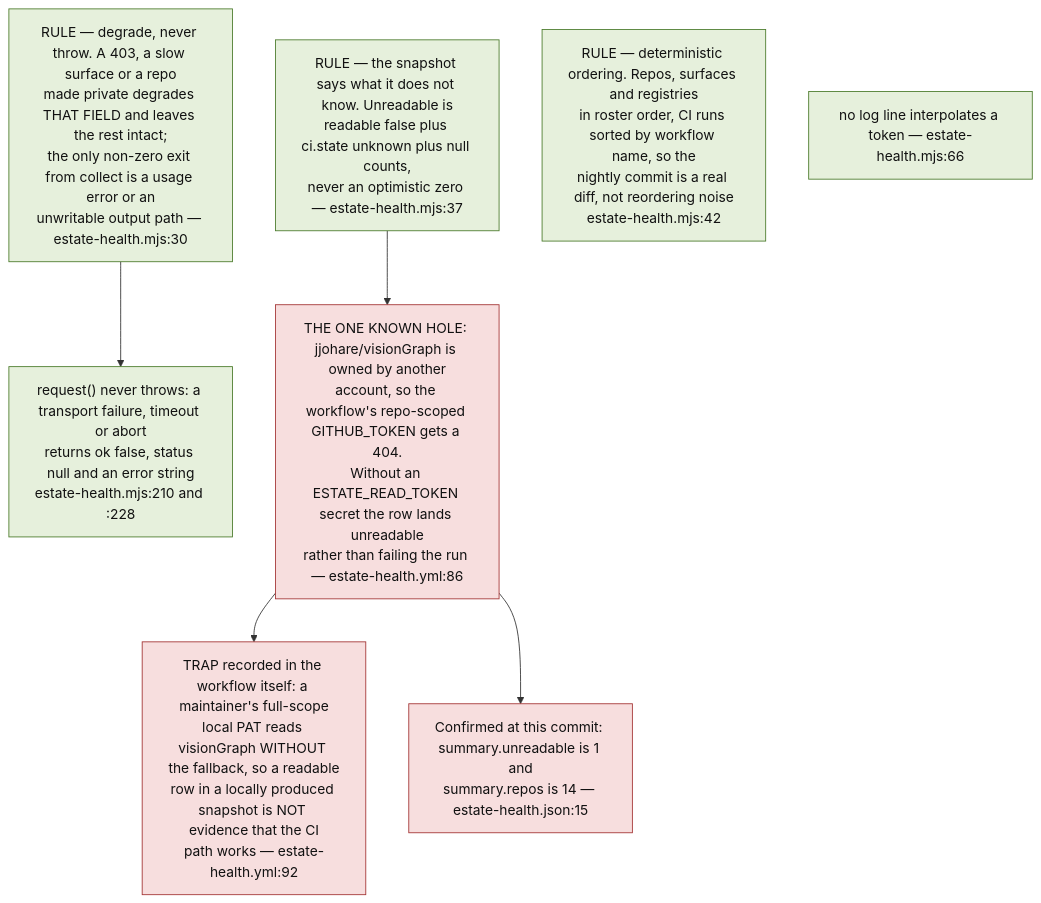
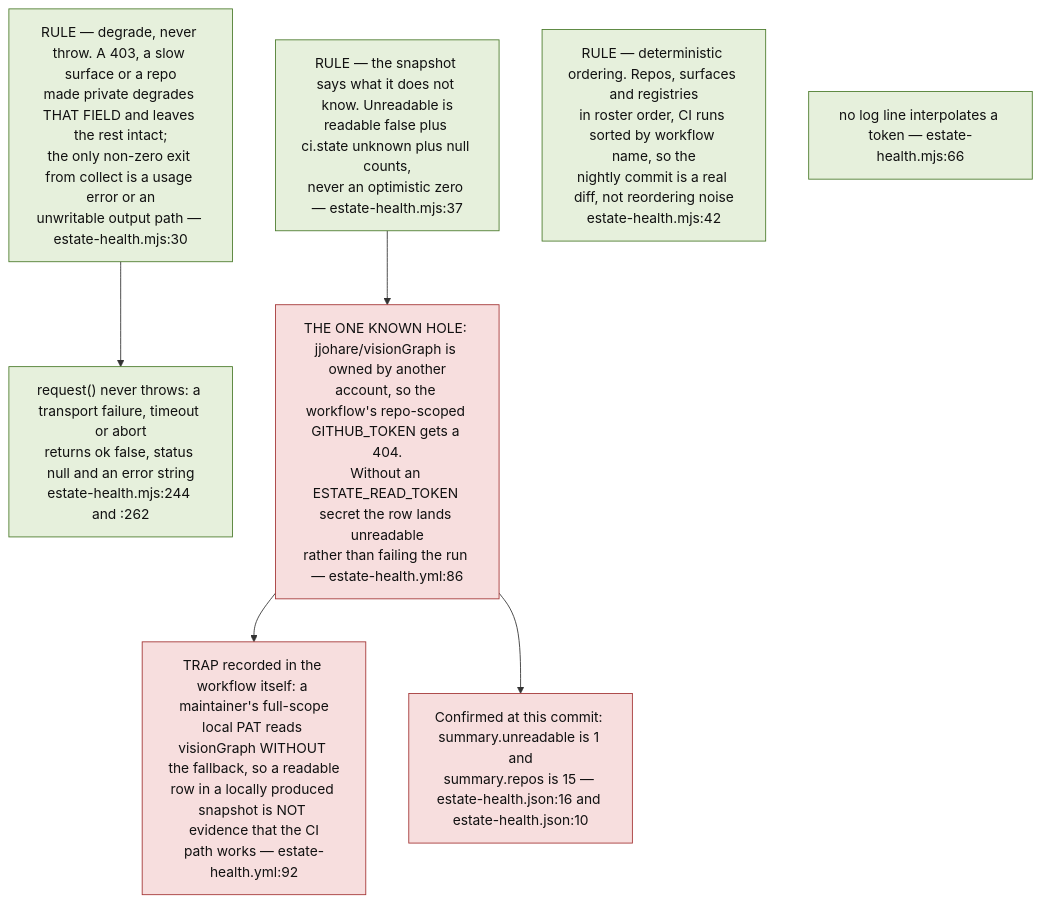
Before and after one commit to DreamLab-AI/VisionFlow: the fifth of 9 diagrams in docs/diagrams/visionflow/03-estate-health.md, drawn with Mermaid. The commit also changed other lines of this file and 94 other files, not shown here.

First line of the commit message:
docs(diagrams): re-verify 130 topics against 2 October HEADs

````diff
--- a/docs/diagrams/visionflow/03-estate-health.md
+++ b/docs/diagrams/visionflow/03-estate-health.md
@@ -143,20 +166,20 @@
 ```mermaid
 flowchart TB
     classDef rule fill:#e6f0dc,stroke:#4a7a2a,color:#111
     classDef bad fill:#f7dede,stroke:#a33333,color:#111
 
     R1["RULE — degrade, never throw. A 403, a slow surface or a repo<br/>made private degrades THAT FIELD and leaves the rest intact;<br/>the only non-zero exit from collect is a usage error or an<br/>unwritable output path — estate-health.mjs:30"]:::rule
     R2["RULE — the snapshot says what it does not know. Unreadable is<br/>readable false plus ci.state unknown plus null counts,<br/>never an optimistic zero — estate-health.mjs:37"]:::rule
     R3["RULE — deterministic ordering. Repos, surfaces and registries<br/>in roster order, CI runs sorted by workflow name, so the<br/>nightly commit is a real diff, not reordering noise<br/>estate-health.mjs:42"]:::rule
 
-    MECH["request() never throws: a transport failure, timeout or abort<br/>returns ok false, status null and an error string<br/>estate-health.mjs:210 and :228"]:::rule
+    MECH["request() never throws: a transport failure, timeout or abort<br/>returns ok false, status null and an error string<br/>estate-health.mjs:244 and :262"]:::rule
     R1 --> MECH
     NOTOK["no log line interpolates a token — estate-health.mjs:66"]:::rule
 
     HOLE["THE ONE KNOWN HOLE: jjohare/visionGraph is owned by another<br/>account, so the workflow's repo-scoped GITHUB_TOKEN gets a 404.<br/>Without an ESTATE_READ_TOKEN secret the row lands unreadable<br/>rather than failing the run — estate-health.yml:86"]:::bad
     R2 --> HOLE
     TRAP["TRAP recorded in the workflow itself: a maintainer's full-scope<br/>local PAT reads visionGraph WITHOUT the fallback, so a readable<br/>row in a locally produced snapshot is NOT evidence that the CI<br/>path works — estate-health.yml:92"]:::bad
     HOLE --> TRAP
-    LIVE["Confirmed at this commit: summary.unreadable is 1 and<br/>summary.repos is 14 — estate-health.json:15"]:::bad
+    LIVE["Confirmed at this commit: summary.unreadable is 1 and<br/>summary.repos is 15 — estate-health.json:16 and estate-health.json:10"]:::bad
     HOLE --> LIVE
 ```
````
